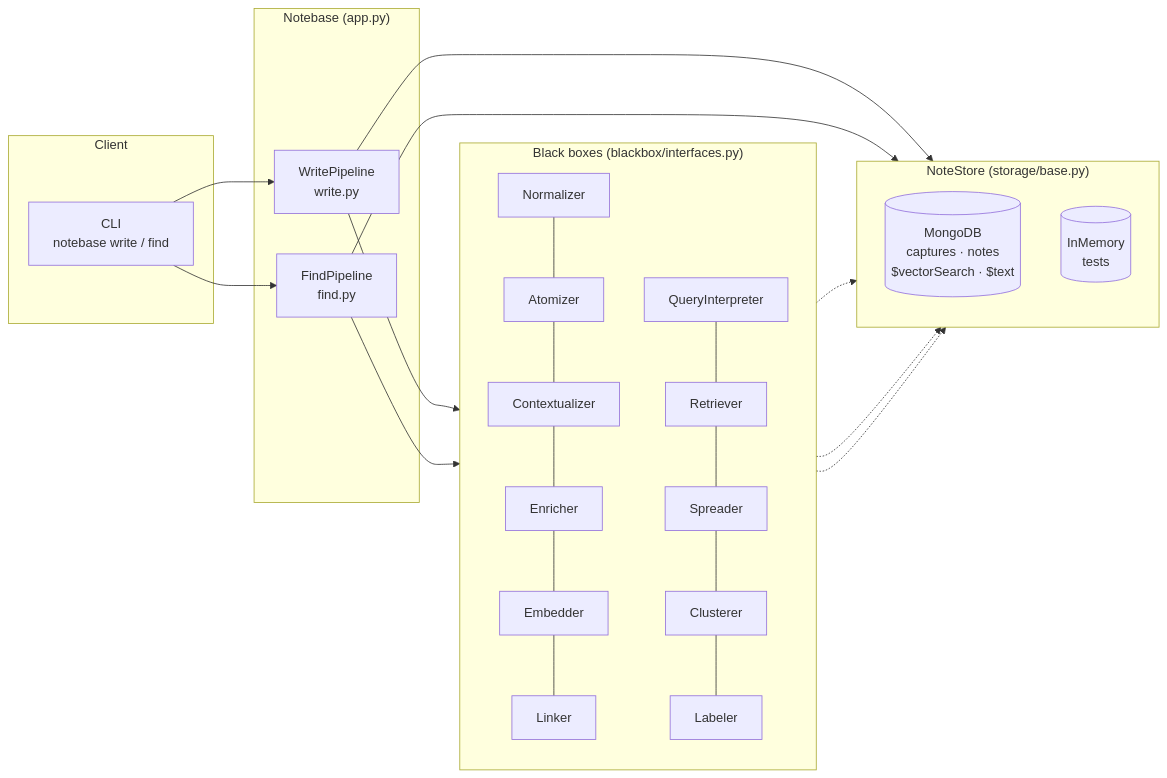
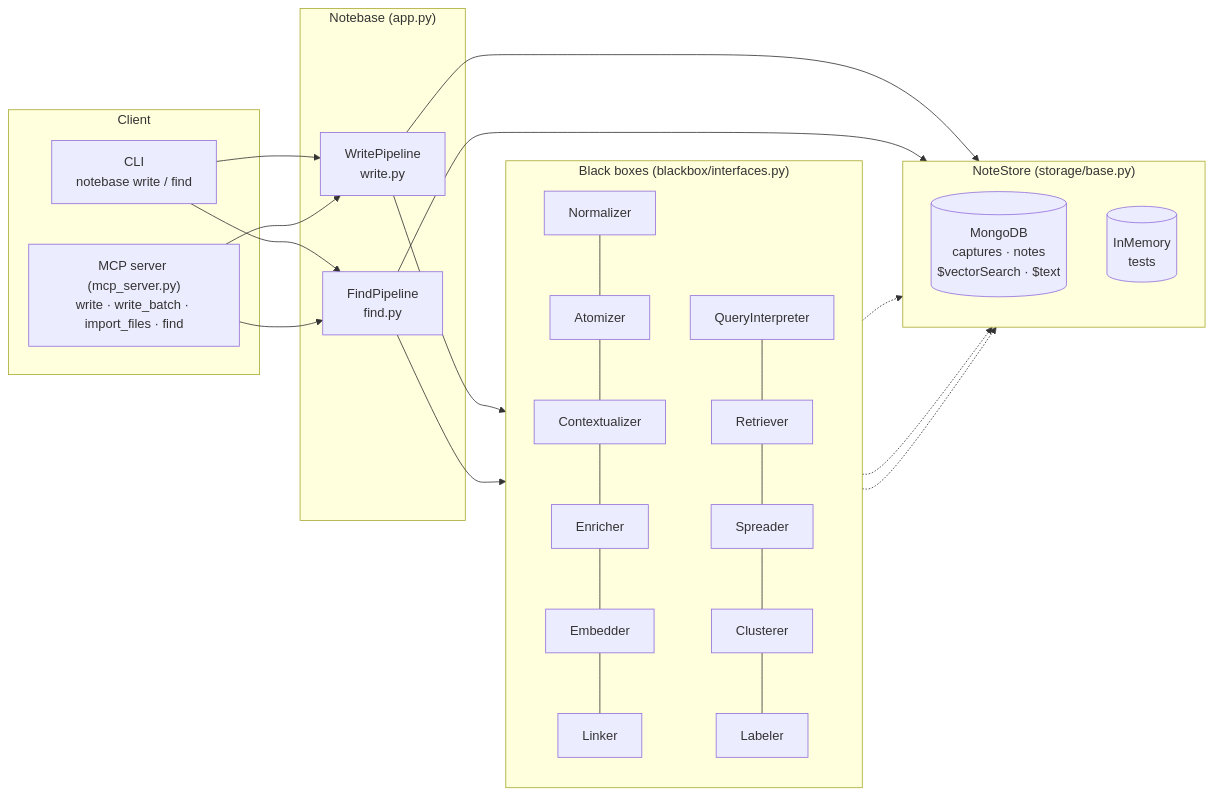
The first of 3 diagrams in docs/architecture.md (saltfish-len/Notebase), drawn with Mermaid before and after one commit. The commit also changed 7 other files, not shown here.

First line of the commit message:
Add an MCP server: write, batch write, bulk file import and find

````diff
--- a/docs/architecture.md
+++ b/docs/architecture.md
@@ -14,28 +14,29 @@
 ```mermaid
 flowchart LR
     subgraph Client
         CLI["CLI<br/>notebase write / find"]
+        MCP["MCP server (mcp_server.py)<br/>write · write_batch · import_files · find"]
     end
 
     subgraph App["Notebase (app.py)"]
         WP["WritePipeline<br/>write.py"]
         FP["FindPipeline<br/>find.py"]
     end
 
     subgraph BB["Black boxes (blackbox/interfaces.py)"]
         direction TB
         N[Normalizer] --- A[Atomizer] --- C[Contextualizer] --- E[Enricher] --- EM[Embedder] --- L[Linker]
         QI[QueryInterpreter] --- R[Retriever] --- S[Spreader] --- CL[Clusterer] --- LB[Labeler]
     end
 
     subgraph Storage["NoteStore (storage/base.py)"]
         M[("MongoDB<br/>captures · notes<br/>$vectorSearch · $text")]
         MEM[("InMemory<br/>tests")]
     end
 
-    CLI --> WP & FP
+    CLI & MCP --> WP & FP
     WP --> N
     FP --> QI
     WP & FP --> Storage
     L & R & S -.-> Storage
 ```
````
